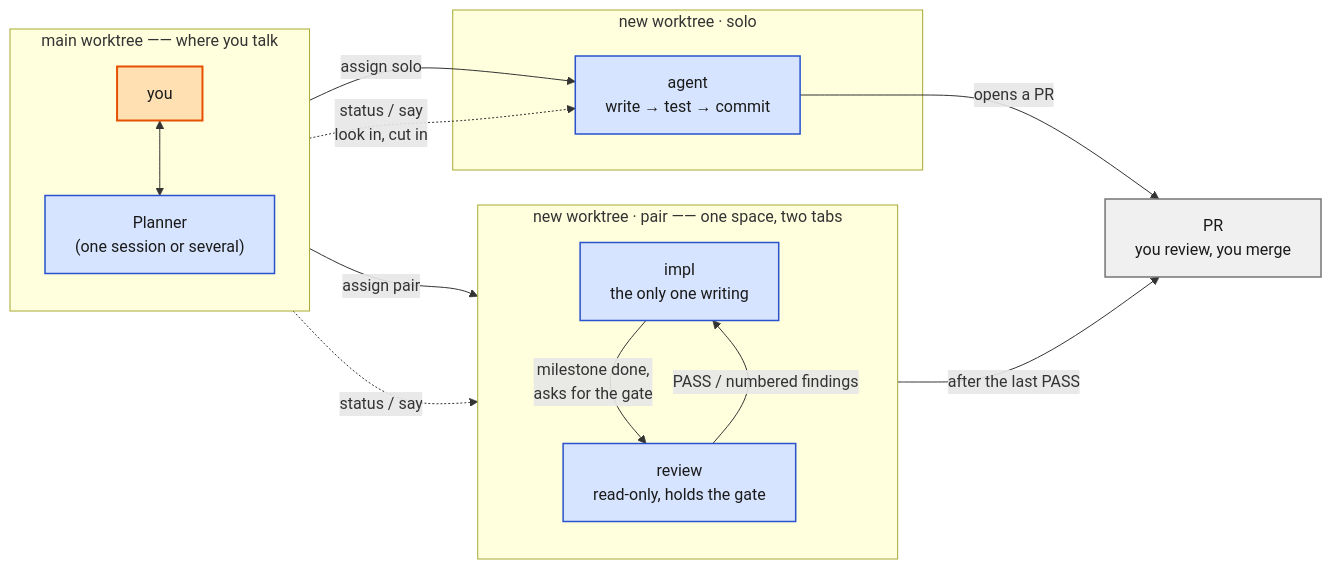
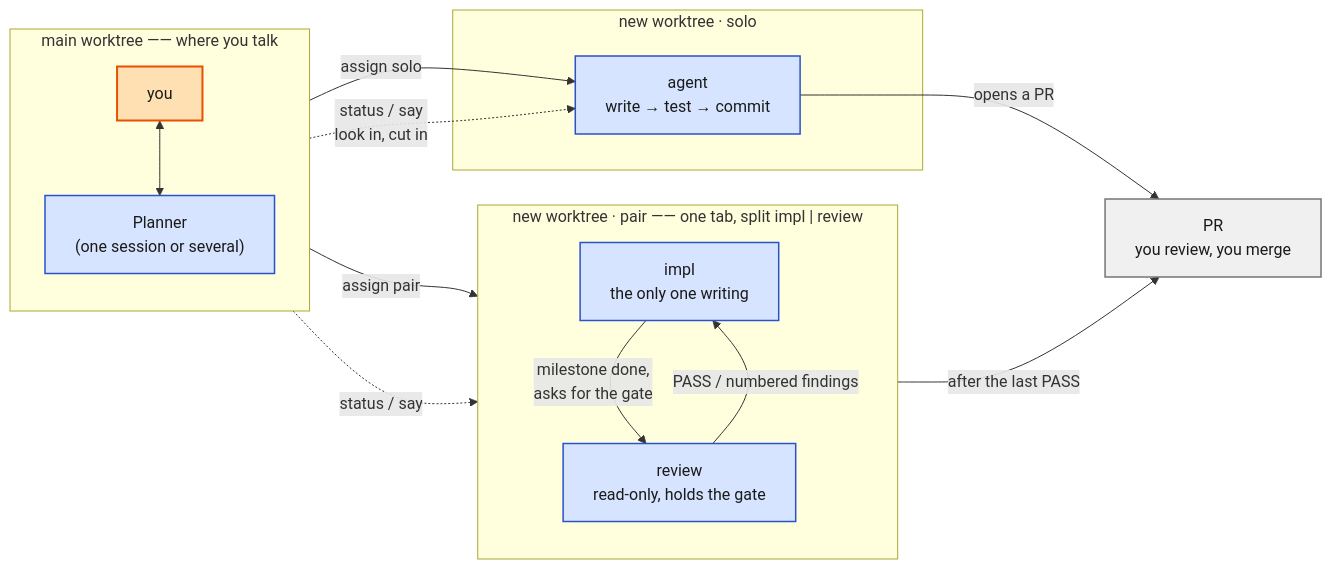
One commit to zhen8838/foreman changed the diagram in README.md. Above: the diagram before and after it, drawn with Mermaid. The commit also changed other lines of this file and 4 other files, not shown here.

First line of the commit message:
feat(pair): split one herdr-app tab, impl left and review right

````diff
--- a/README.md
+++ b/README.md
@@ -12,35 +12,35 @@
 ```mermaid
 flowchart LR
     subgraph MAIN["main worktree —— where you talk"]
         direction TB
         YOU["you"] <--> PL["Planner<br/>(one session or several)"]
     end
 
     subgraph SOLO["new worktree · solo"]
         A["agent<br/>write → test → commit"]
     end
 
-    subgraph PAIR["new worktree · pair —— one space, two tabs"]
+    subgraph PAIR["new worktree · pair —— one tab, split impl | review"]
         direction TB
         IM["impl<br/>the only one writing"] -- "milestone done,<br/>asks for the gate" --> RV["review<br/>read-only, holds the gate"]
         RV -- "PASS / numbered findings" --> IM
     end
 
     PL -- "assign solo" --> A
     PL -- "assign pair" --> IM
 
     PL -. "status / say<br/>look in, cut in" .-> A
     PL -. "status / say" .-> IM
 
     A -- "opens a PR" --> PR
     IM -- "after the last PASS" --> PR
 
     PR["PR<br/>you review, you merge"]
 
     classDef human fill:#FFE0B2,stroke:#E65100,stroke-width:2px,color:#1A1A1A
     classDef agent fill:#D6E4FF,stroke:#2952CC,stroke-width:1.5px,color:#1A1A1A
     classDef artifact fill:#F0F0F0,stroke:#757575,stroke-width:1.5px,color:#1A1A1A
     class YOU human
     class PL,A,IM,RV agent
     class PR artifact
 ```
````
